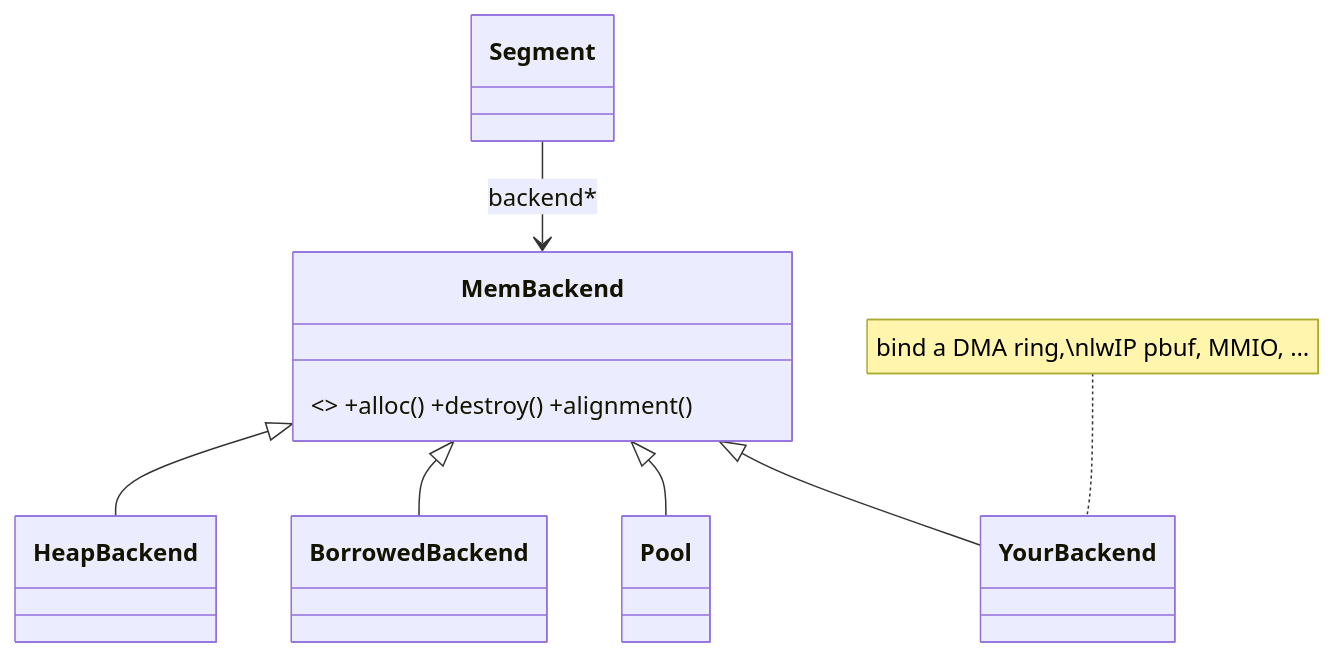
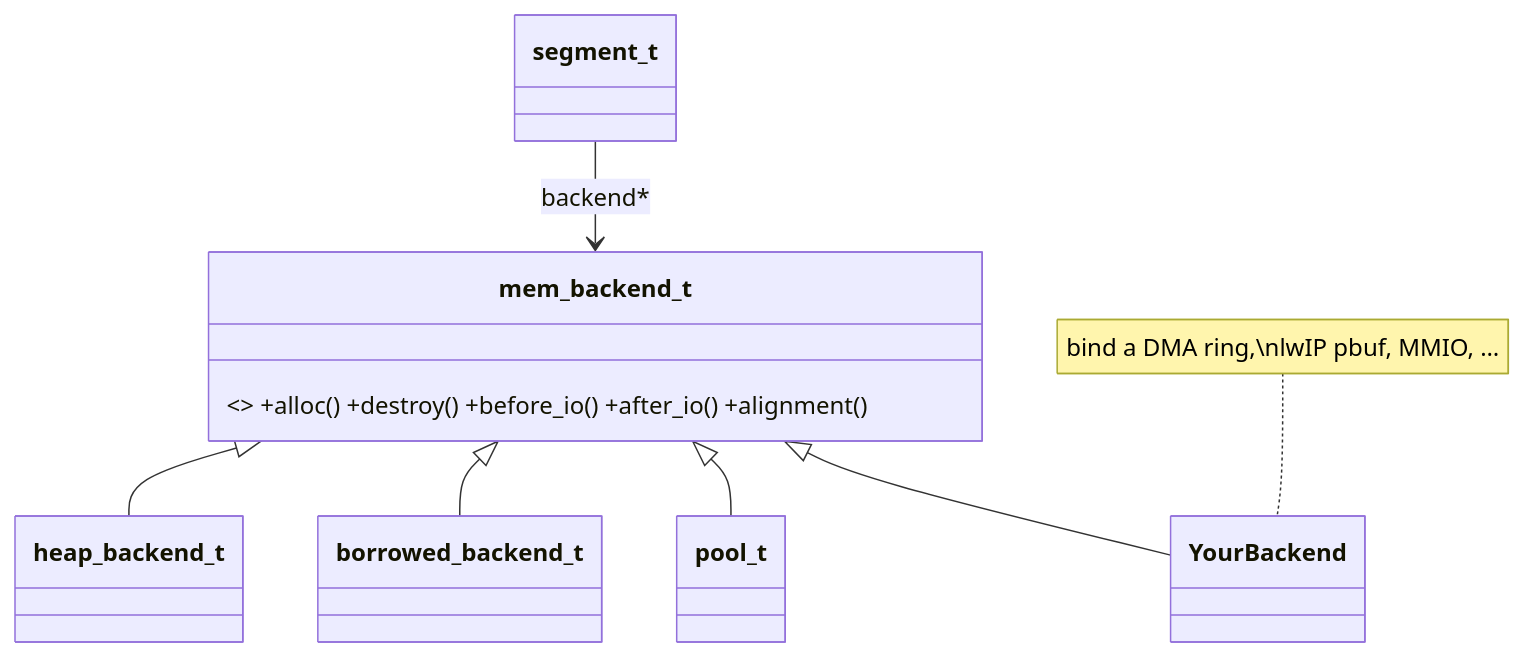
One commit to avatarsd-llc/libtracer changed the diagram in docs/modules/backends.md. Above: the diagram before and after it, drawn with Mermaid. The commit also changed other lines of this file and 64 other files, not shown here.

````diff
--- a/docs/modules/backends.md
+++ b/docs/modules/backends.md
@@ -55,10 +67,10 @@
 ```{mermaid}
 classDiagram
-    class MemBackend { <<interface>> +alloc() +destroy() +alignment() }
-    MemBackend <|-- HeapBackend
-    MemBackend <|-- BorrowedBackend
-    MemBackend <|-- Pool
-    MemBackend <|-- YourBackend
-    Segment --> MemBackend : backend*
+    class mem_backend_t { <<interface>> +alloc() +destroy() +before_io() +after_io() +alignment() }
+    mem_backend_t <|-- heap_backend_t
+    mem_backend_t <|-- borrowed_backend_t
+    mem_backend_t <|-- pool_t
+    mem_backend_t <|-- YourBackend
+    segment_t --> mem_backend_t : backend*
     note for YourBackend "bind a DMA ring,\nlwIP pbuf, MMIO, …"
 ```
````
